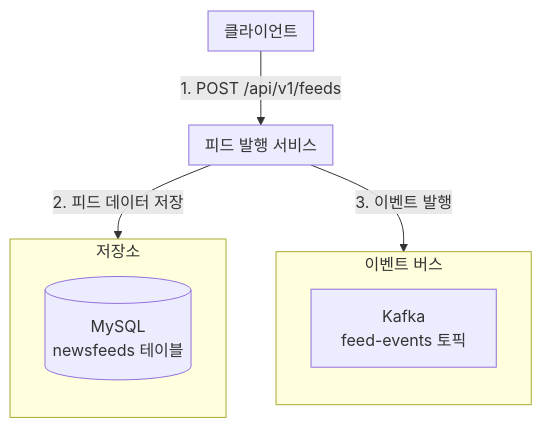
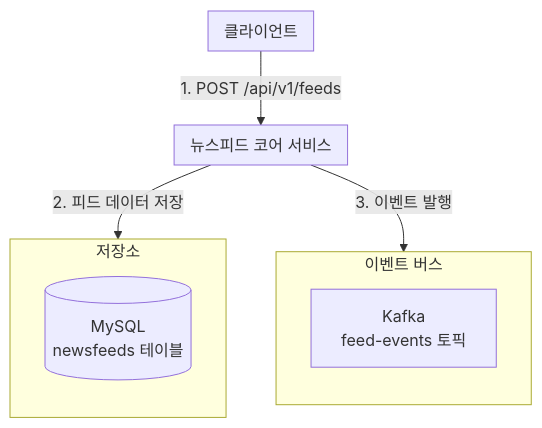
One commit to peppermint100/system-design-interview-projects changed the diagram in newsfeed/diagram.mmd. Above: the diagram before and after it, drawn with Mermaid. The commit also changed 5 other files, not shown here.

```diff
--- a/newsfeed/diagram.mmd
+++ b/newsfeed/diagram.mmd
@@ -1,22 +1,22 @@
 flowchart TB
     subgraph Client[클라이언트]
         direction TB
     end
 
-    subgraph Feed_Service[피드 발행 서비스]
+    subgraph Feed_Service[뉴스피드 코어 서비스]
         direction TB
     end
 
     subgraph Event_Bus[이벤트 버스]
         direction TB
         Kafka[Kafka\nfeed-events 토픽]
     end
 
     subgraph Storage[저장소]
         direction TB
         MySQL[(MySQL\nnewsfeeds 테이블)]
     end
 
     Client -->|1. POST /api/v1/feeds| Feed_Service
     Feed_Service -->|2. 피드 데이터 저장| Storage
     Feed_Service -->|3. 이벤트 발행| Kafka
```
